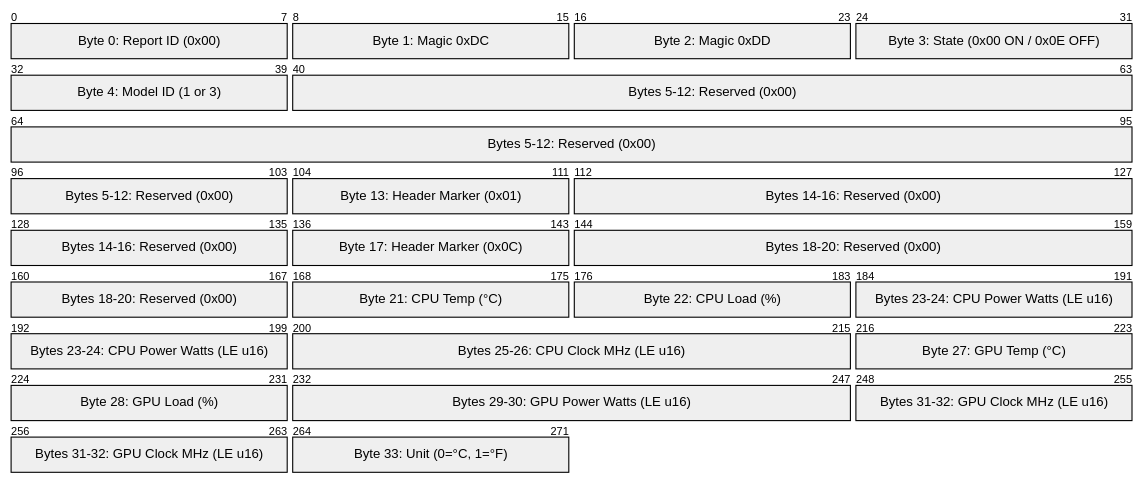
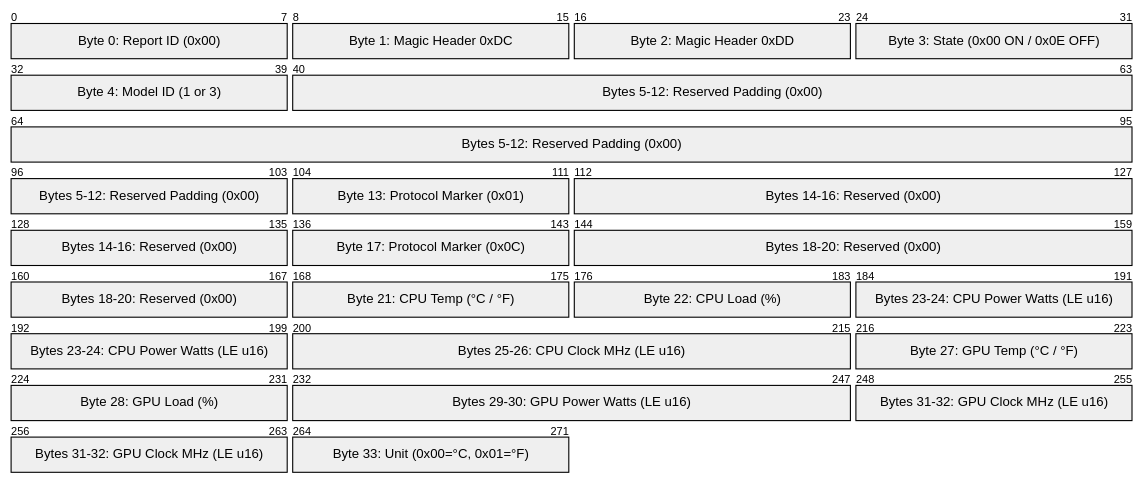
Before and after one commit to Delnegend/segotep-digital: the second of 6 diagrams in ARCHITECTURE.md, drawn with Mermaid. The commit also changed other lines of this file, not shown here.

Commit message:
docs: enrich ARCHITECTURE.md diagrams with detailed text descriptions

````diff
--- a/ARCHITECTURE.md
+++ b/ARCHITECTURE.md
@@ -45,22 +52,22 @@
 ```mermaid
 packet-beta
 0-7: "Byte 0: Report ID (0x00)"
-8-15: "Byte 1: Magic 0xDC"
-16-23: "Byte 2: Magic 0xDD"
+8-15: "Byte 1: Magic Header 0xDC"
+16-23: "Byte 2: Magic Header 0xDD"
 24-31: "Byte 3: State (0x00 ON / 0x0E OFF)"
 32-39: "Byte 4: Model ID (1 or 3)"
-40-103: "Bytes 5-12: Reserved (0x00)"
-104-111: "Byte 13: Header Marker (0x01)"
+40-103: "Bytes 5-12: Reserved Padding (0x00)"
+104-111: "Byte 13: Protocol Marker (0x01)"
 112-135: "Bytes 14-16: Reserved (0x00)"
-136-143: "Byte 17: Header Marker (0x0C)"
+136-143: "Byte 17: Protocol Marker (0x0C)"
 144-167: "Bytes 18-20: Reserved (0x00)"
-168-175: "Byte 21: CPU Temp (°C)"
+168-175: "Byte 21: CPU Temp (°C / °F)"
 176-183: "Byte 22: CPU Load (%)"
 184-199: "Bytes 23-24: CPU Power Watts (LE u16)"
 200-215: "Bytes 25-26: CPU Clock MHz (LE u16)"
-216-223: "Byte 27: GPU Temp (°C)"
+216-223: "Byte 27: GPU Temp (°C / °F)"
 224-231: "Byte 28: GPU Load (%)"
 232-247: "Bytes 29-30: GPU Power Watts (LE u16)"
 248-263: "Bytes 31-32: GPU Clock MHz (LE u16)"
-264-271: "Byte 33: Unit (0=°C, 1=°F)"
+264-271: "Byte 33: Unit (0x00=°C, 0x01=°F)"
 ```
````
